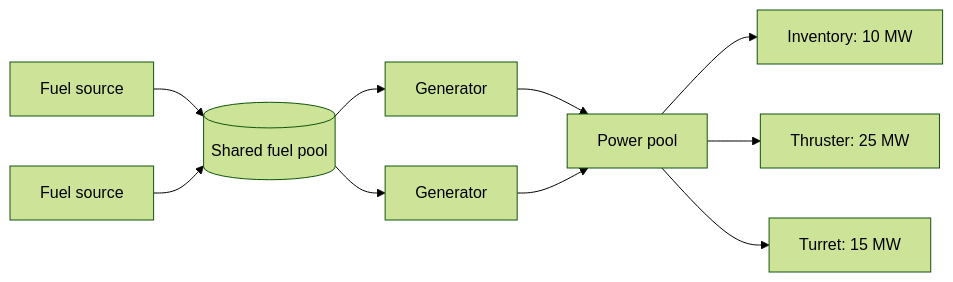
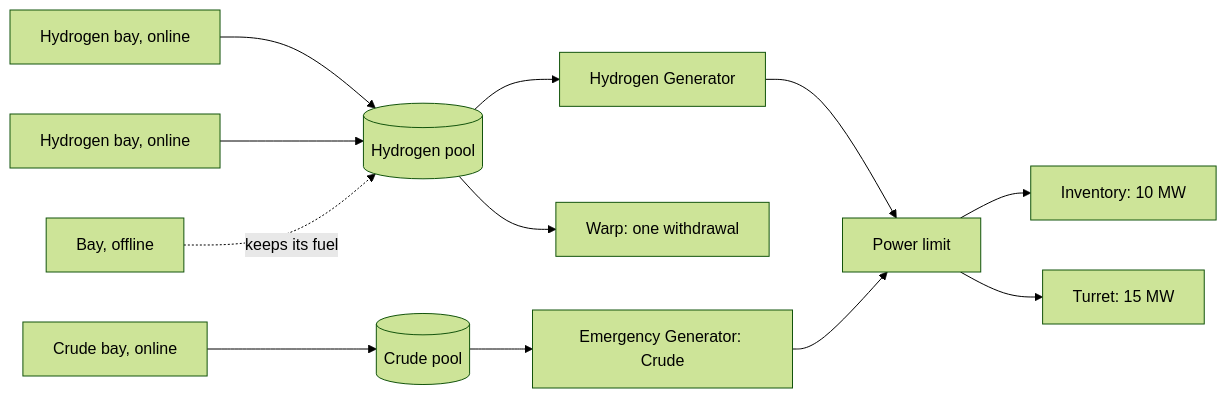
One commit to evefrontier/world-contracts changed the first of 2 diagrams in docs/adr/0005-onchain-power-network.md. Above: the diagram before and after it, drawn with Mermaid (forest theme). The commit also changed other lines of this file and 40 other files, not shown here.

````diff
--- a/docs/adr/0005-onchain-power-network.md
+++ b/docs/adr/0005-onchain-power-network.md
@@ -38,12 +40,14 @@
 ```mermaid
 flowchart LR
-    FS1[Fuel source] --> Pool[(Shared fuel pool)]
-    FS2[Fuel source] --> Pool
-    Pool --> Gen1[Generator]
-    Pool --> Gen2[Generator]
-    Gen1 --> Ceiling[Power pool]
+    B1[Hydrogen bay, online] --> H[(Hydrogen pool)]
+    B2[Hydrogen bay, online] --> H
+    B3[Crude bay, online] --> C[(Crude pool)]
+    B4[Bay, offline] -.keeps its fuel.-> H
+    H --> Gen1[Hydrogen Generator]
+    C --> Gen2[Emergency Generator: Crude]
+    H --> Warp[Warp: one withdrawal]
+    Gen1 --> Ceiling[Power limit]
     Gen2 --> Ceiling
     Ceiling --> Inventory[Inventory: 10 MW]
-    Ceiling --> Thruster[Thruster: 25 MW]
     Ceiling --> Turret[Turret: 15 MW]
 ```
````
